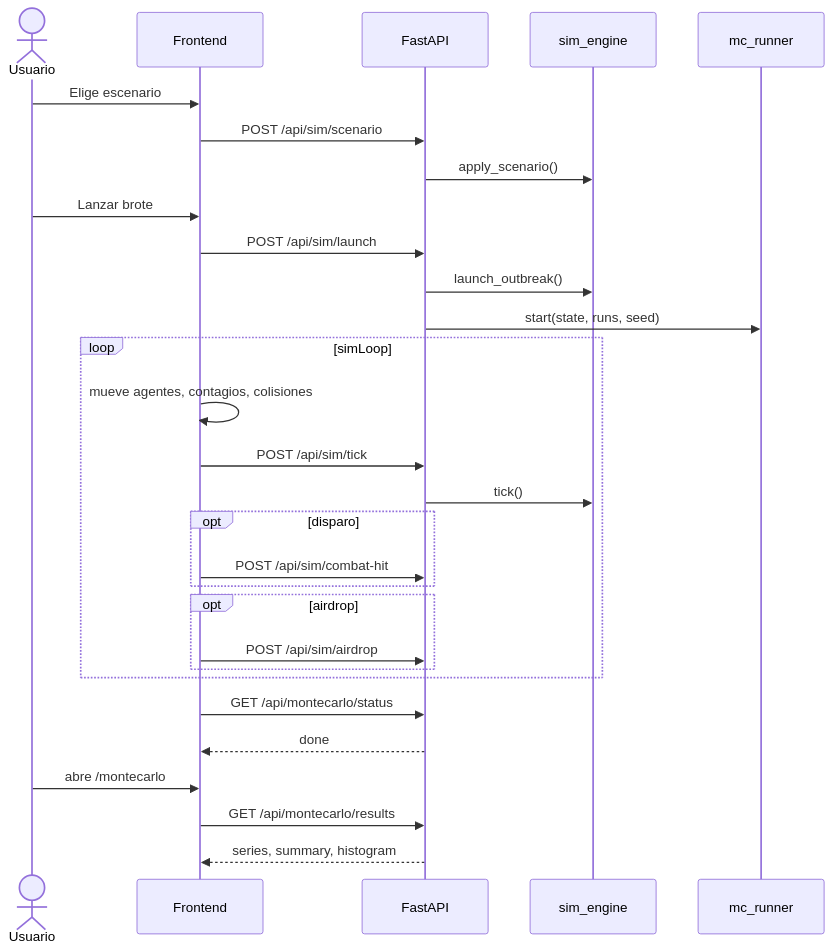
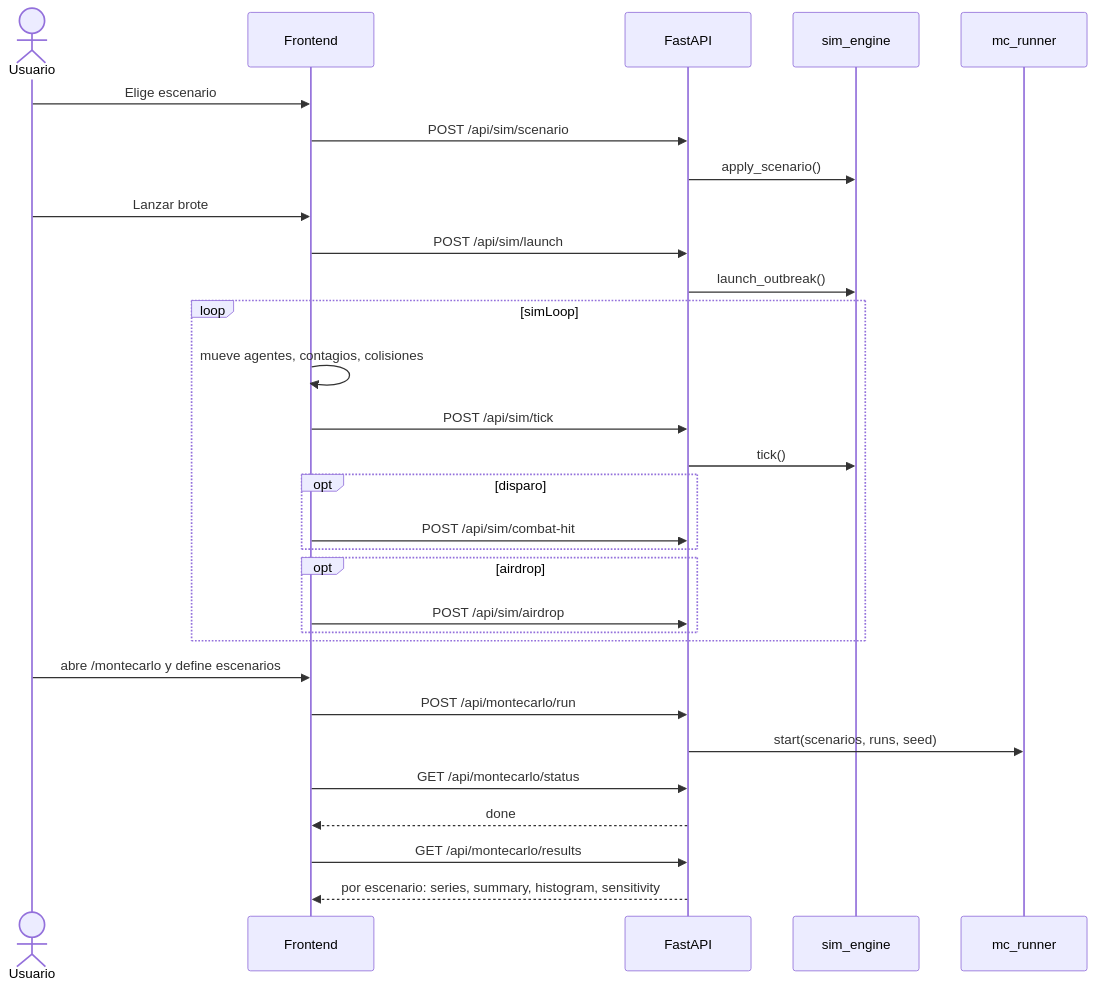
The third of 3 diagrams in docs/arquitectura.md (Dass-19/bottitos-spookython), drawn with Mermaid before and after one commit. The commit also changed other lines of this file and 28 other files, not shown here.

````diff
--- a/docs/arquitectura.md
+++ b/docs/arquitectura.md
@@ -186,35 +189,36 @@
 ```mermaid
 sequenceDiagram
     actor U as Usuario
     participant FE as Frontend
     participant API as FastAPI
     participant ENG as sim_engine
     participant MC as mc_runner
 
     U->>FE: Elige escenario
     FE->>API: POST /api/sim/scenario
     API->>ENG: apply_scenario()
 
     U->>FE: Lanzar brote
     FE->>API: POST /api/sim/launch
     API->>ENG: launch_outbreak()
-    API->>MC: start(state, runs, seed)
 
     loop simLoop
         FE->>FE: mueve agentes, contagios, colisiones
         FE->>API: POST /api/sim/tick
         API->>ENG: tick()
         opt disparo
             FE->>API: POST /api/sim/combat-hit
         end
         opt airdrop
             FE->>API: POST /api/sim/airdrop
         end
     end
 
+    U->>FE: abre /montecarlo y define escenarios
+    FE->>API: POST /api/montecarlo/run
+    API->>MC: start(scenarios, runs, seed)
     FE->>API: GET /api/montecarlo/status
     API-->>FE: done
-    U->>FE: abre /montecarlo
     FE->>API: GET /api/montecarlo/results
-    API-->>FE: series, summary, histogram
+    API-->>FE: por escenario: series, summary, histogram, sensitivity
 ```
````
